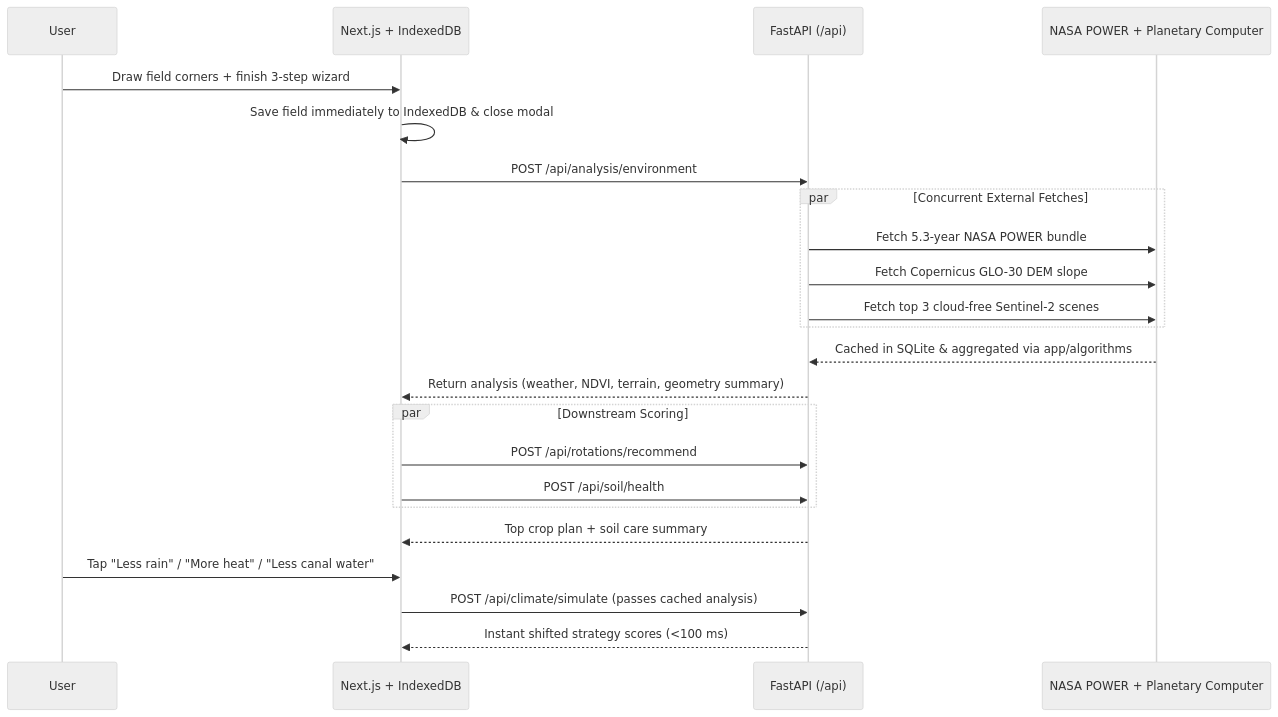
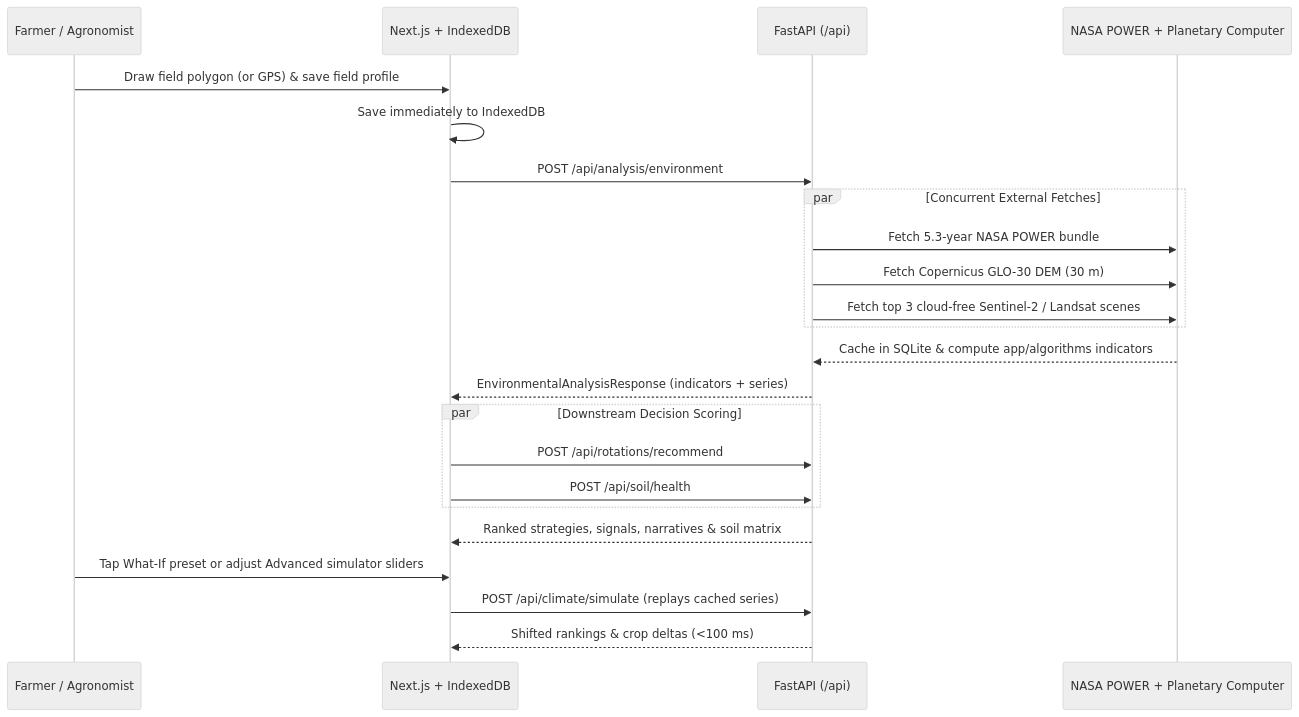
Before and after one commit to mianjunaid1223/ROTARA: the third of 3 diagrams in README.md, drawn with Mermaid (neutral theme). The commit also changed other lines of this file, not shown here.

````diff
--- a/README.md
+++ b/README.md
@@ -75,26 +274,26 @@
 ```mermaid
 sequenceDiagram
-    participant User
+    participant User as Farmer / Agronomist
     participant Browser as Next.js + IndexedDB
     participant Backend as FastAPI (/api)
     participant Sat as NASA POWER + Planetary Computer
 
-    User->>Browser: Draw field corners + finish 3-step wizard
-    Browser->>Browser: Save field immediately to IndexedDB & close modal
+    User->>Browser: Draw field polygon (or GPS) & save field profile
+    Browser->>Browser: Save immediately to IndexedDB
     Browser->>Backend: POST /api/analysis/environment
     par Concurrent External Fetches
         Backend->>Sat: Fetch 5.3-year NASA POWER bundle
-        Backend->>Sat: Fetch Copernicus GLO-30 DEM slope
-        Backend->>Sat: Fetch top 3 cloud-free Sentinel-2 scenes
+        Backend->>Sat: Fetch Copernicus GLO-30 DEM (30 m)
+        Backend->>Sat: Fetch top 3 cloud-free Sentinel-2 / Landsat scenes
     end
-    Sat-->>Backend: Cached in SQLite & aggregated via app/algorithms
-    Backend-->>Browser: Return analysis (weather, NDVI, terrain, geometry summary)
-    par Downstream Scoring
+    Sat-->>Backend: Cache in SQLite & compute app/algorithms indicators
+    Backend-->>Browser: EnvironmentalAnalysisResponse (indicators + series)
+    par Downstream Decision Scoring
         Browser->>Backend: POST /api/rotations/recommend
         Browser->>Backend: POST /api/soil/health
     end
-    Backend-->>Browser: Top crop plan + soil care summary
-    User->>Browser: Tap "Less rain" / "More heat" / "Less canal water"
-    Browser->>Backend: POST /api/climate/simulate (passes cached analysis)
-    Backend-->>Browser: Instant shifted strategy scores (<100 ms)
+    Backend-->>Browser: Ranked strategies, signals, narratives & soil matrix
+    User->>Browser: Tap What-If preset or adjust Advanced simulator sliders
+    Browser->>Backend: POST /api/climate/simulate (replays cached series)
+    Backend-->>Browser: Shifted rankings & crop deltas (<100 ms)
 ```
````
